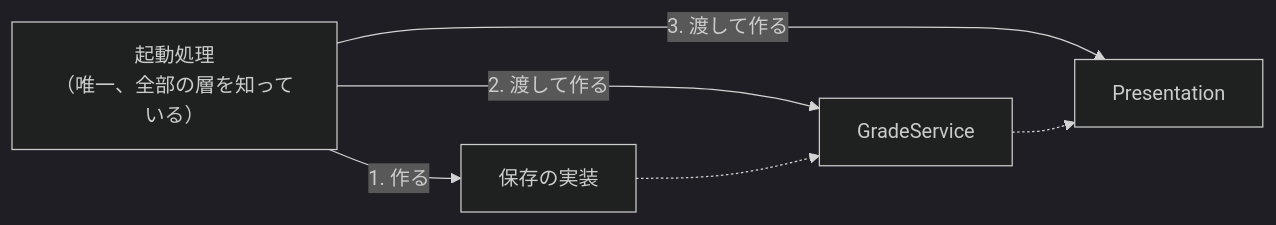
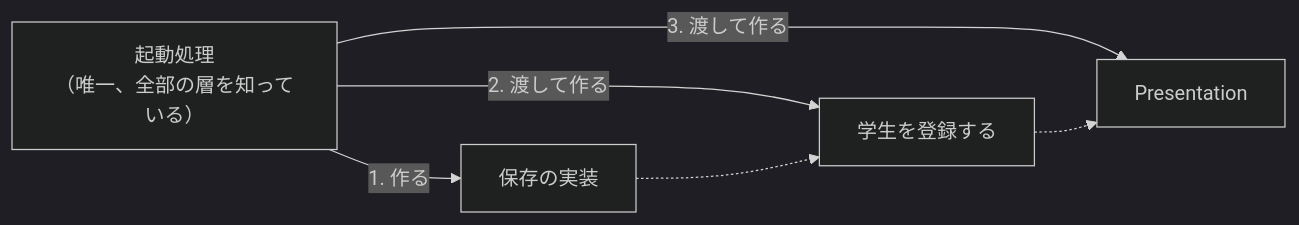
The sixth of 6 diagrams in 4層アーキテクチャ/03_依存の向きとインタフェース.md (YTS0418/PRMN_SYSTEM_Lecture), drawn with Mermaid (dark theme) before and after one commit. The commit also changed other lines of this file and 14 other files, not shown here.

````diff
--- a/4層アーキテクチャ/03_依存の向きとインタフェース.md
+++ b/4層アーキテクチャ/03_依存の向きとインタフェース.md
@@ -199,8 +199,8 @@
 ```mermaid
 flowchart LR
     boot["起動処理<br>（唯一、全部の層を知っている）"]
     boot -->|1. 作る| repo["保存の実装"]
-    boot -->|2. 渡して作る| svc["GradeService"]
+    boot -->|2. 渡して作る| svc["学生を登録する"]
     boot -->|3. 渡して作る| ui["Presentation"]
     repo -.-> svc -.-> ui
 ```
````
